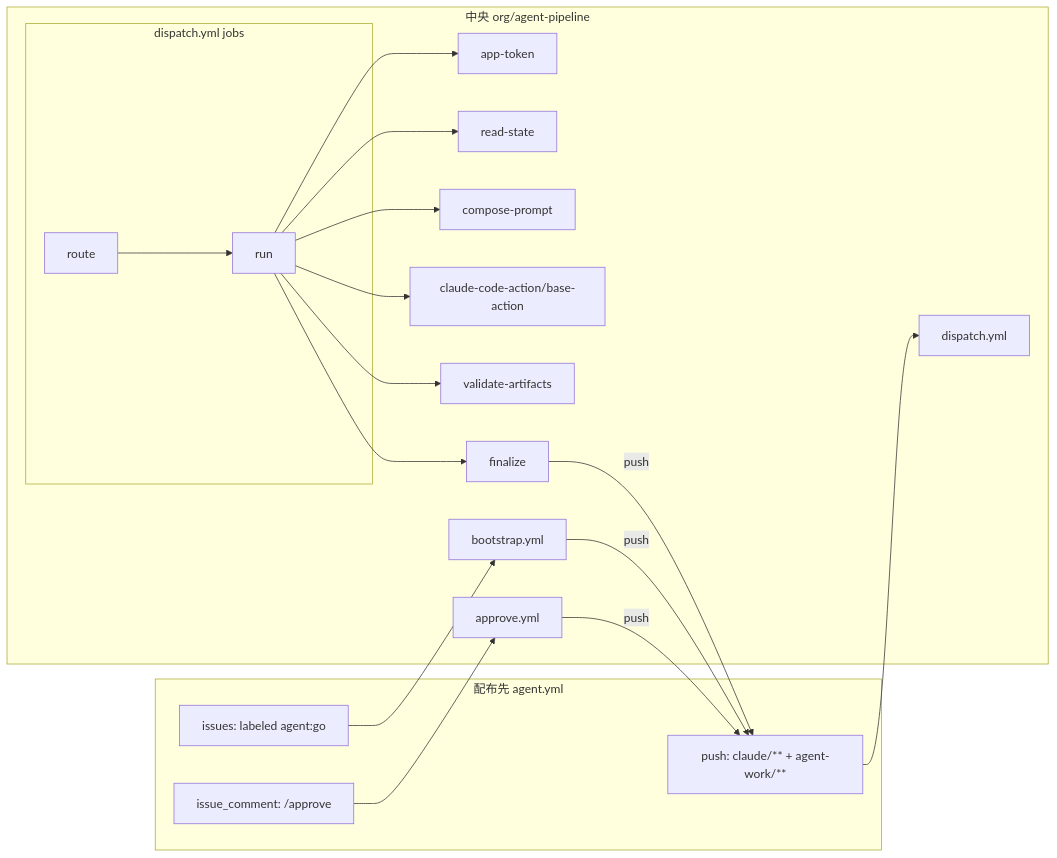
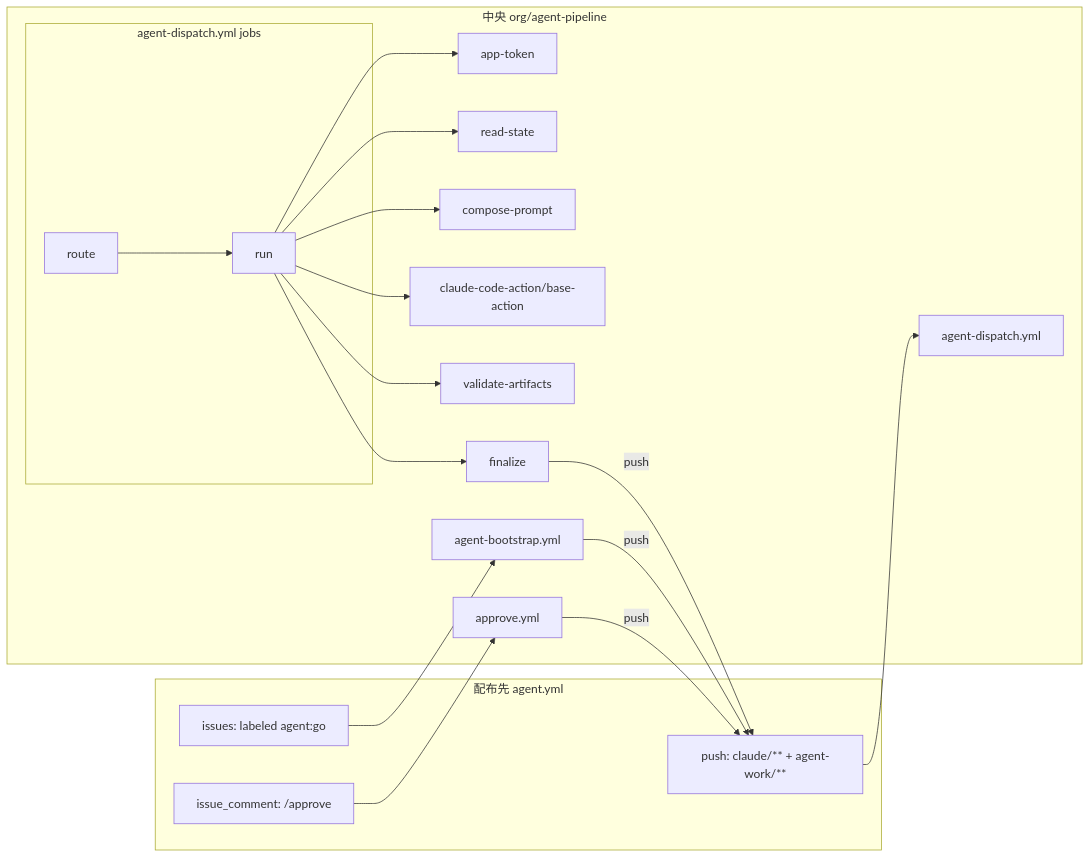
One commit to satoshiarai-rgb/agent-pipeline changed the diagram in work/github-actions-architecture.md. Above: the diagram before and after it, drawn with Mermaid. The commit also changed other lines of this file and 14 other files, not shown here.

````diff
--- a/work/github-actions-architecture.md
+++ b/work/github-actions-architecture.md
@@ -52,28 +52,28 @@
 ```mermaid
 flowchart LR
   subgraph target[配布先 agent.yml]
     E1[issues: labeled agent:go]
     E2[push: claude/** + agent-work/**]
     E3[issue_comment: /approve]
   end
   subgraph central[中央 org/agent-pipeline]
-    B[bootstrap.yml]
-    D[dispatch.yml]
+    B[agent-bootstrap.yml]
+    D[agent-dispatch.yml]
     A[approve.yml]
-    subgraph D_jobs[dispatch.yml jobs]
+    subgraph D_jobs[agent-dispatch.yml jobs]
       R[route] --> X[run]
     end
     X --> CA1[app-token]
     X --> CA2[read-state]
     X --> CA3[compose-prompt]
     X --> CC[claude-code-action/base-action]
     X --> CA4[validate-artifacts]
     X --> CA5[finalize]
   end
   E1 --> B
   E2 --> D
   E3 --> A
   B -- push --> E2
   A -- push --> E2
   CA5 -- push --> E2
 ```
````
